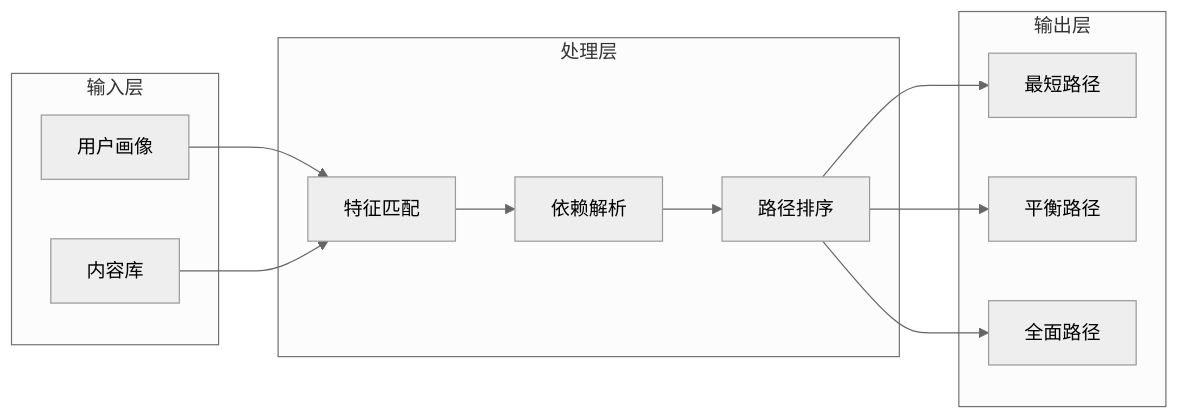
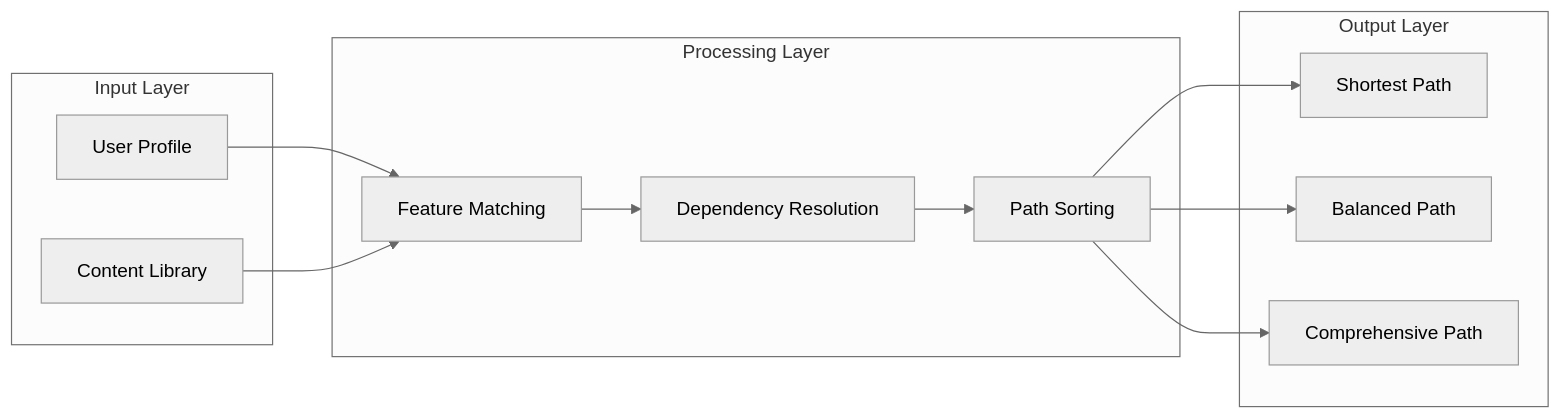
The second of 3 diagrams in i18n/en/Knowledge/learning-path-recommender.md (AdaMartin18010/AnalysisDataFlow), drawn with Mermaid (neutral theme) before and after one commit. The commit also changed other lines of this file and 96 other files, not shown here.

````diff
--- a/i18n/en/Knowledge/learning-path-recommender.md
+++ b/i18n/en/Knowledge/learning-path-recommender.md
@@ -263,27 +254,27 @@
 ```mermaid
 flowchart LR
-    subgraph Input["输入层"]
-        U[用户画像]
-        C[内容库]
+    subgraph Input["Input Layer"]
+        U[User Profile]
+        C[Content Library]
     end
 
-    subgraph Processing["处理层"]
-        F[特征匹配]
-        D[依赖解析]
-        S[路径排序]
+    subgraph Processing["Processing Layer"]
+        F[Feature Matching]
+        D[Dependency Resolution]
+        S[Path Sorting]
     end
 
-    subgraph Output["输出层"]
-        P1[最短路径]
-        P2[平衡路径]
-        P3[全面路径]
+    subgraph Output["Output Layer"]
+        P1[Shortest Path]
+        P2[Balanced Path]
+        P3[Comprehensive Path]
     end
 
     U --> F
     C --> F
     F --> D
     D --> S
     S --> P1
     S --> P2
     S --> P3
 ```
````
